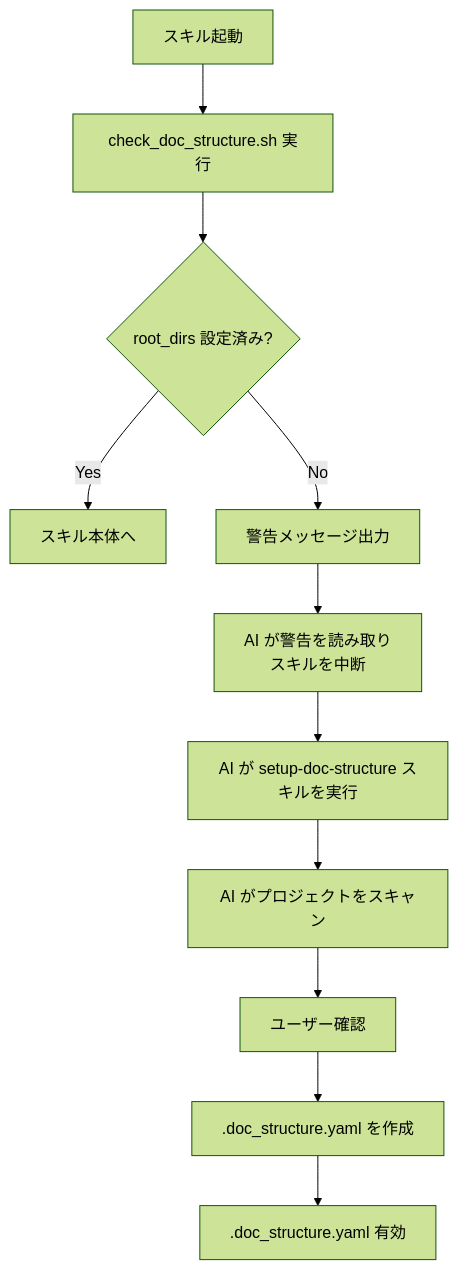
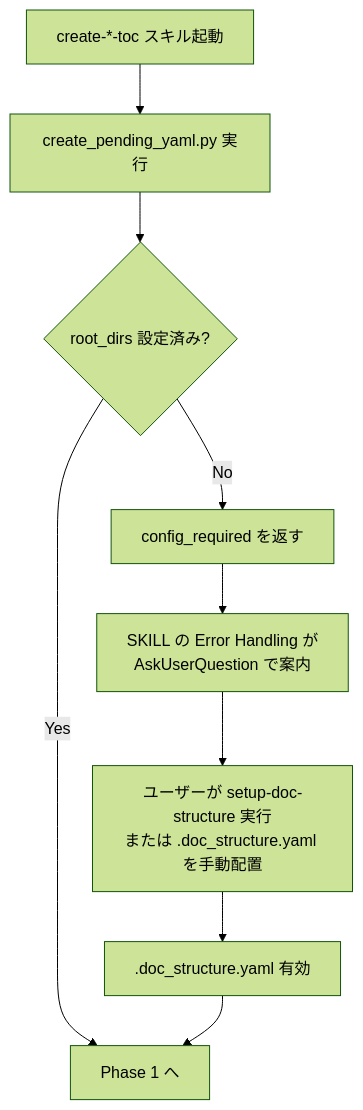
Before and after one commit to BlueEventHorizon/DocAdvisor-CC: the third of 8 diagrams in docs/specs/doc-advisor/design/DES-005_toc_generation_flow.md, drawn with Mermaid (forest theme). The commit also changed other lines of this file and 13 other files, not shown here.

````diff
--- a/docs/specs/doc-advisor/design/DES-005_toc_generation_flow.md
+++ b/docs/specs/doc-advisor/design/DES-005_toc_generation_flow.md
@@ -116,13 +99,11 @@
 ```mermaid
 flowchart TD
-    H[スキル起動] --> I[check_doc_structure.sh 実行]
-    I --> J{root_dirs 設定済み?}
-    J -->|Yes| K[スキル本体へ]
-    J -->|No| L["警告メッセージ出力"]
-    L --> M["AI が警告を読み取り<br>スキルを中断"]
-    M --> N["AI が setup-doc-structure スキルを実行"]
-    N --> O[AI がプロジェクトをスキャン]
-    O --> P[ユーザー確認]
-    P --> Q[.doc_structure.yaml を作成]
-    Q --> R[.doc_structure.yaml 有効]
+    H[create-*-toc スキル起動] --> I[create_pending_yaml.py 実行]
+    I --> J{"root_dirs 設定済み?"}
+    J -->|Yes| K[Phase 1 へ]
+    J -->|No| L["config_required を返す"]
+    L --> M["SKILL の Error Handling が<br>AskUserQuestion で案内"]
+    M --> N["ユーザーが setup-doc-structure 実行<br>または .doc_structure.yaml を手動配置"]
+    N --> O[".doc_structure.yaml 有効"]
+    O --> K
 ```
````
